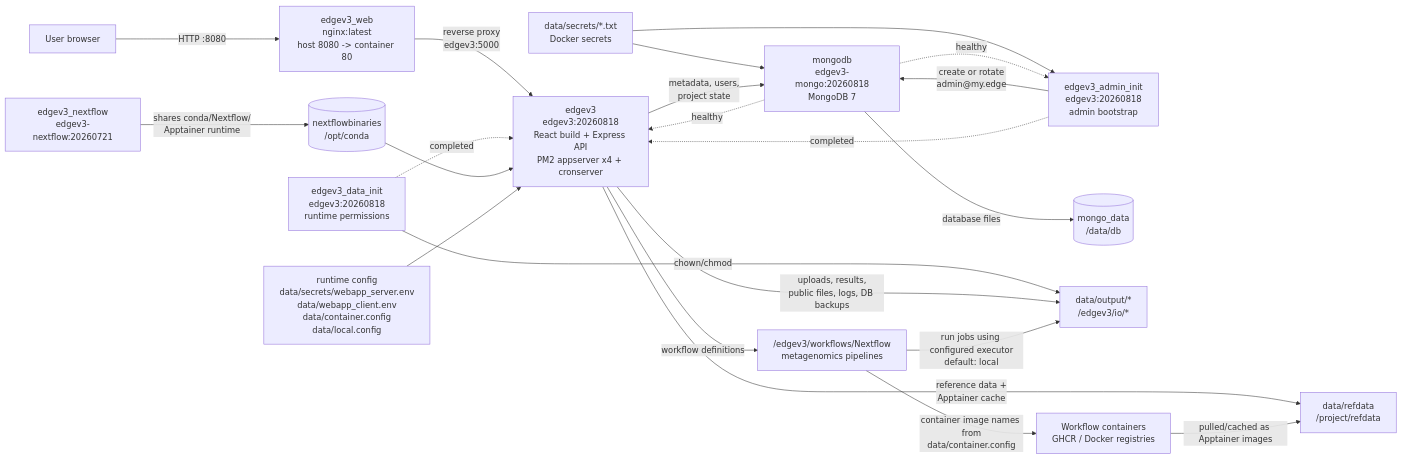
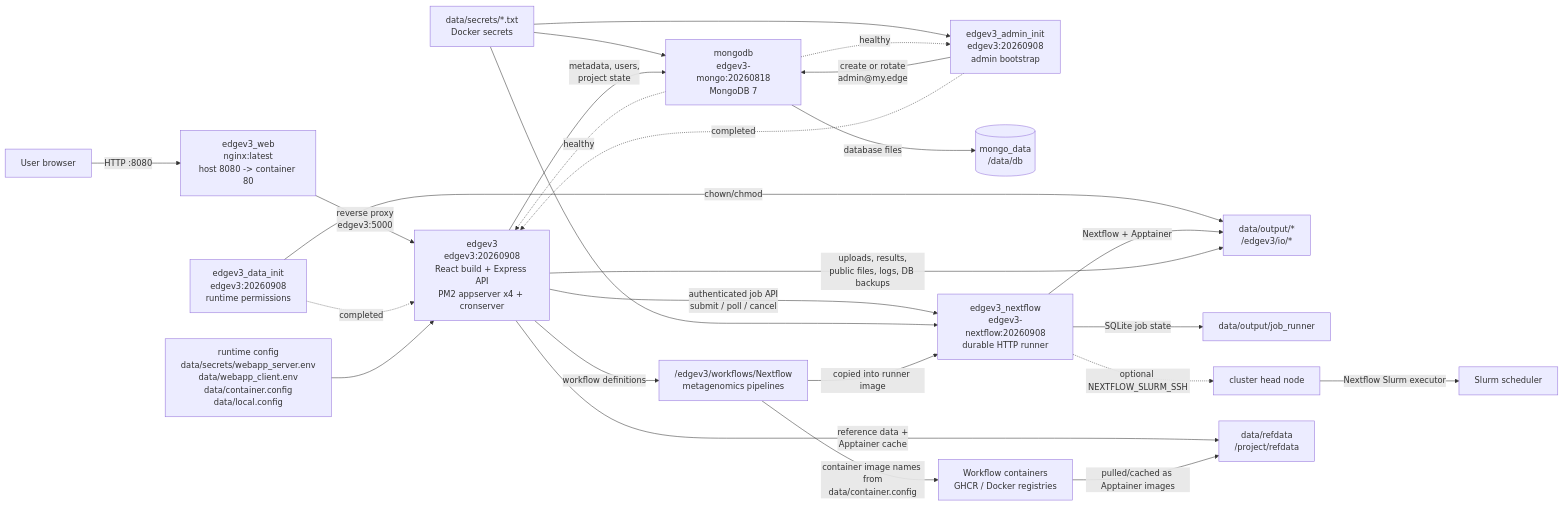
One commit to LANL-Bioinformatics/edgev3_app changed the diagram in README.md. Above: the diagram before and after it, drawn with Mermaid. The commit also changed other lines of this file and 7 other files, not shown here.

First line of the commit message:
pluggable job execution via HTTP "job runner" services, alongside the existing in-process execution paths. Two new execution modes are introduced, both opt-in:

````diff
--- a/README.md
+++ b/README.md
@@ -64,28 +64,32 @@
 ```mermaid
 flowchart LR
     browser["User browser"] -->|"HTTP :8080"| web["edgev3_web<br/>nginx:latest<br/>host 8080 -> container 80"]
-    web -->|"reverse proxy<br/>edgev3:5000"| app["edgev3<br/>edgev3:20260818<br/>React build + Express API<br/>PM2 appserver x4 + cronserver"]
+    web -->|"reverse proxy<br/>edgev3:5000"| app["edgev3<br/>edgev3:20260908<br/>React build + Express API<br/>PM2 appserver x4 + cronserver"]
 
     secrets["data/secrets/*.txt<br/>Docker secrets"] --> mongo["mongodb<br/>edgev3-mongo:20260818<br/>MongoDB 7"]
-    secrets --> adminInit["edgev3_admin_init<br/>edgev3:20260818<br/>admin bootstrap"]
+    secrets --> adminInit["edgev3_admin_init<br/>edgev3:20260908<br/>admin bootstrap"]
     mongo -->|"database files"| mongoVol[("mongo_data<br/>/data/db")]
     mongo -. "healthy" .-> adminInit
     adminInit -->|"create or rotate<br/>admin@my.edge"| mongo
 
-    dataInit["edgev3_data_init<br/>edgev3:20260818<br/>runtime permissions"] -->|"chown/chmod"| output["data/output/*<br/>/edgev3/io/*"]
+    dataInit["edgev3_data_init<br/>edgev3:20260908<br/>runtime permissions"] -->|"chown/chmod"| output["data/output/*<br/>/edgev3/io/*"]
     adminInit -. "completed" .-> app
     dataInit -. "completed" .-> app
     mongo -. "healthy" .-> app
 
-    nextflow["edgev3_nextflow<br/>edgev3-nextflow:20260721"] -->|"shares conda/Nextflow/<br/>Apptainer runtime"| nfVol[("nextflowbinaries<br/>/opt/conda")]
-    nfVol --> app
+    app -->|"authenticated job API<br/>submit / poll / cancel"| nextflow["edgev3_nextflow<br/>edgev3-nextflow:20260908<br/>durable HTTP runner"]
+    nextflow -->|"SQLite job state"| runnerState["data/output/job_runner"]
+    nextflow -->|"Nextflow + Apptainer"| output
+    nextflow -. "optional NEXTFLOW_SLURM_SSH" .-> clusterHead["cluster head node"]
+    clusterHead -->|"Nextflow Slurm executor"| slurm["Slurm scheduler"]
+    secrets --> nextflow
 
     config["runtime config<br/>data/secrets/webapp_server.env<br/>data/webapp_client.env<br/>data/container.config<br/>data/local.config"] --> app
     app -->|"metadata, users,<br/>project state"| mongo
     app -->|"uploads, results,<br/>public files, logs, DB backups"| output
     app -->|"reference data +<br/>Apptainer cache"| refdata["data/refdata<br/>/project/refdata"]
     app -->|"workflow definitions"| workflows["/edgev3/workflows/Nextflow<br/>metagenomics pipelines"]
-    workflows -->|"run jobs using configured executor<br/>default: local"| output
+    workflows -->|"copied into runner image"| nextflow
     workflows -->|"container image names from<br/>data/container.config"| containers["Workflow containers<br/>GHCR / Docker registries"]
     containers -->|"pulled/cached as Apptainer images"| refdata
 ```
````
